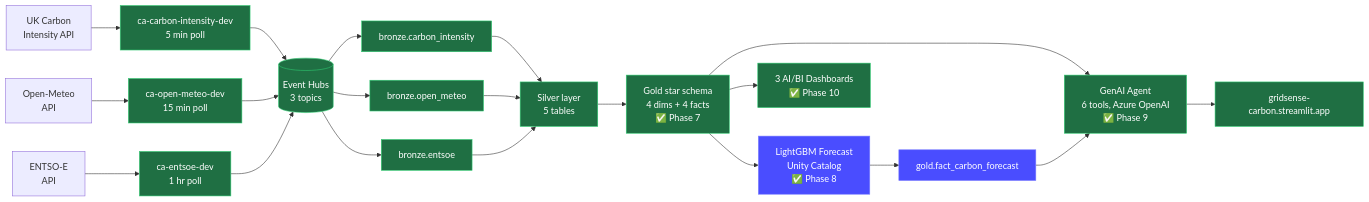
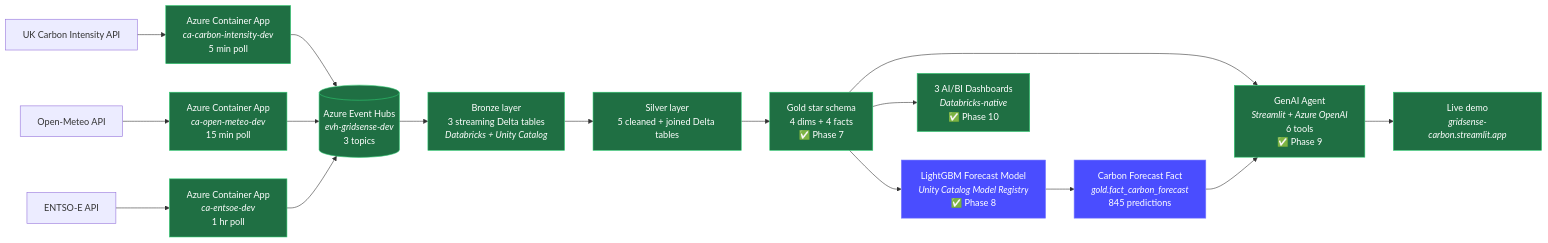
Before and after one commit to demonjd2026-afk/gridsense: the diagram in README.md, drawn with Mermaid. The commit also changed 1 other file, not shown here.

Commit message:
docs(diagrams): friendly Azure service labels with resource names in italics

````diff
--- a/README.md
+++ b/README.md
@@ -86,27 +86,23 @@
 ```mermaid
 flowchart LR
-    A1[UK Carbon<br/>Intensity API] --> P1[ca-carbon-intensity-dev<br/>5 min poll]
-    A2[Open-Meteo<br/>API] --> P2[ca-open-meteo-dev<br/>15 min poll]
-    A3[ENTSO-E<br/>API] --> P3[ca-entsoe-dev<br/>1 hr poll]
-    P1 --> EH[(Event Hubs<br/>3 topics)]
+    A1[UK Carbon Intensity API] --> P1[Azure Container App<br/><i>ca-carbon-intensity-dev</i><br/>5 min poll]
+    A2[Open-Meteo API] --> P2[Azure Container App<br/><i>ca-open-meteo-dev</i><br/>15 min poll]
+    A3[ENTSO-E API] --> P3[Azure Container App<br/><i>ca-entsoe-dev</i><br/>1 hr poll]
+    P1 --> EH[(Azure Event Hubs<br/><i>evh-gridsense-dev</i><br/>3 topics)]
     P2 --> EH
     P3 --> EH
-    EH --> B1[bronze.carbon_intensity]
-    EH --> B2[bronze.open_meteo]
-    EH --> B3[bronze.entsoe]
-    B1 --> S[Silver layer<br/>5 tables]
-    B2 --> S
-    B3 --> S
+    EH --> B[Bronze layer<br/>3 streaming Delta tables<br/><i>Databricks + Unity Catalog</i>]
+    B --> S[Silver layer<br/>5 cleaned + joined Delta tables]
     S --> G[Gold star schema<br/>4 dims + 4 facts<br/>✅ Phase 7]
-    G --> ML[LightGBM Forecast<br/>Unity Catalog<br/>✅ Phase 8]
-    ML --> FCAST[gold.fact_carbon_forecast]
-    G --> AGENT[GenAI Agent<br/>6 tools, Azure OpenAI<br/>✅ Phase 9]
+    G --> ML[LightGBM Forecast Model<br/><i>Unity Catalog Model Registry</i><br/>✅ Phase 8]
+    ML --> FCAST[Carbon Forecast Fact<br/><i>gold.fact_carbon_forecast</i><br/>845 predictions]
+    G --> AGENT[GenAI Agent<br/><i>Streamlit + Azure OpenAI</i><br/>6 tools<br/>✅ Phase 9]
     FCAST --> AGENT
-    G --> PBI[3 AI/BI Dashboards<br/>✅ Phase 10]
-    AGENT --> URL[gridsense-carbon.streamlit.app]
+    G --> PBI[3 AI/BI Dashboards<br/><i>Databricks-native</i><br/>✅ Phase 10]
+    AGENT --> URL[Live demo<br/><i>gridsense-carbon.streamlit.app</i>]
 
     classDef done fill:#1f6f43,stroke:#2ecc71,color:#fff
     classDef ml fill:#4a4dff,stroke:#7e80ff,color:#fff
-    class P1,P2,P3,EH,B1,B2,B3,S,G,PBI,AGENT,URL done
+    class P1,P2,P3,EH,B,S,G,PBI,AGENT,URL done
     class ML,FCAST ml
 ```
````
